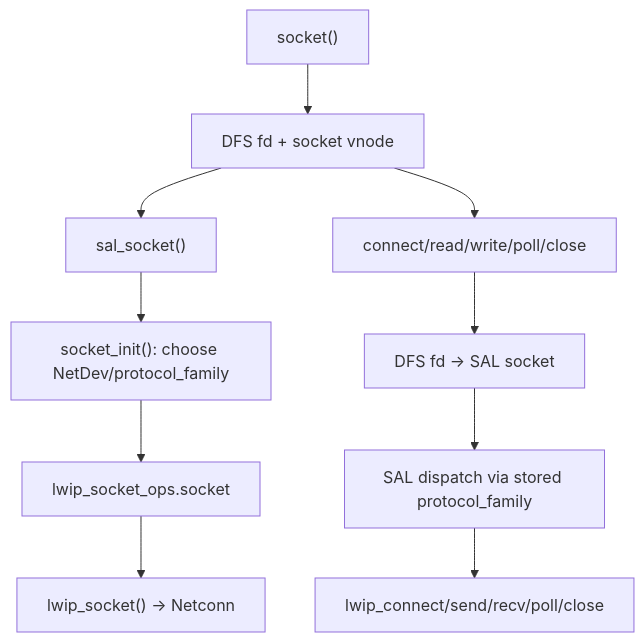
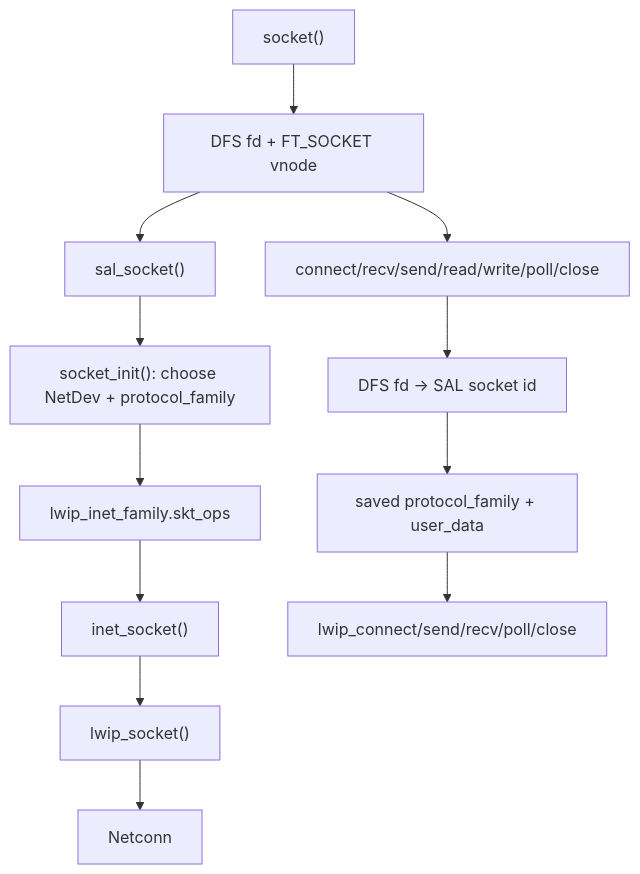
Before and after one commit to wdfk-prog/lwIP-Source-Lab: the fifth of 5 diagrams in docs/40-rtthread-socket-sal-lwip.md, drawn with Mermaid. The commit also changed other lines of this file and 49 other files, not shown here.

````diff
--- a/docs/40-rtthread-socket-sal-lwip.md
+++ b/docs/40-rtthread-socket-sal-lwip.md
@@ -322,12 +1273,15 @@
 ```mermaid
 flowchart TD
-    A["socket()"] --> B["DFS fd + socket vnode"]
+    A["socket()"] --> B["DFS fd + FT_SOCKET vnode"]
     B --> C["sal_socket()"]
-    C --> D["socket_init(): choose NetDev/protocol_family"]
-    D --> E["lwip_socket_ops.socket"]
-    E --> F["lwip_socket() -> Netconn"]
-    B --> G["connect/read/write/poll/close"]
-    G --> H["DFS fd -> SAL socket"]
-    H --> I["SAL dispatch via stored protocol_family"]
-    I --> J["lwip_connect/send/recv/poll/close"]
+    C --> D["socket_init(): choose NetDev + protocol_family"]
+    D --> E["lwip_inet_family.skt_ops"]
+    E --> F["inet_socket()"]
+    F --> G["lwip_socket()"]
+    G --> H["Netconn"]
+
+    B --> I["connect/recv/send/read/write/poll/close"]
+    I --> J["DFS fd -> SAL socket id"]
+    J --> K["saved protocol_family + user_data"]
+    K --> L["lwip_connect/send/recv/poll/close"]
 ```
````
